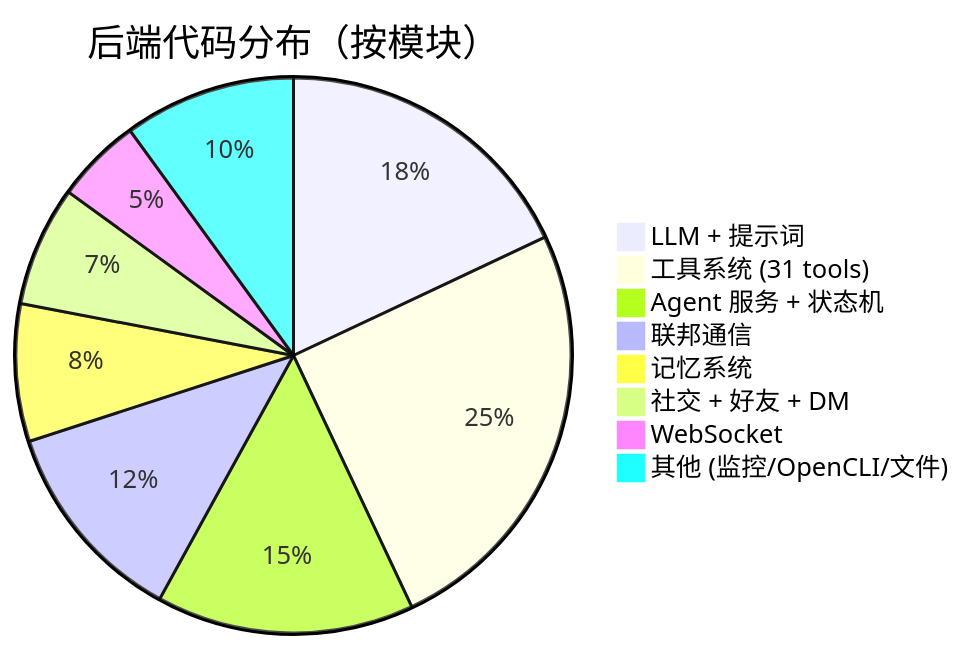
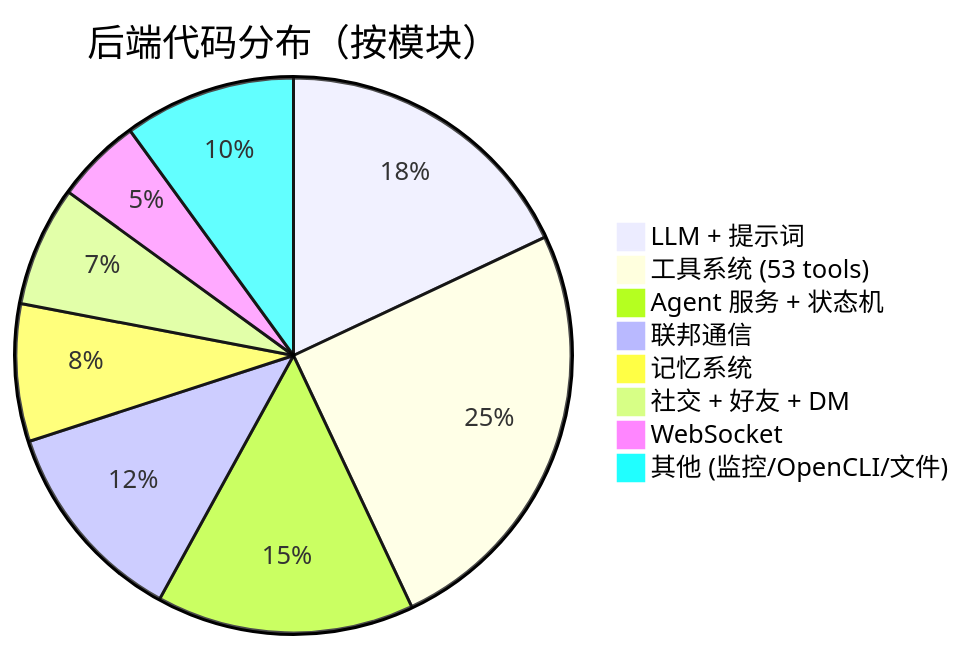
Before and after one commit to Coprexist/AIsChat: the tenth of 10 diagrams in docs/reference/项目全景报告.md, drawn with Mermaid. The commit also changed other lines of this file and 6 other files, not shown here.

````diff
--- a/docs/reference/项目全景报告.md
+++ b/docs/reference/项目全景报告.md
@@ -670,11 +735,11 @@
 ```mermaid
 pie title 后端代码分布（按模块）
     "LLM + 提示词" : 18
-    "工具系统 (31 tools)" : 25
+    "工具系统 (53 tools)" : 25
     "Agent 服务 + 状态机" : 15
     "联邦通信" : 12
     "记忆系统" : 8
     "社交 + 好友 + DM" : 7
     "WebSocket" : 5
     "其他 (监控/OpenCLI/文件)" : 10
 ```
````
